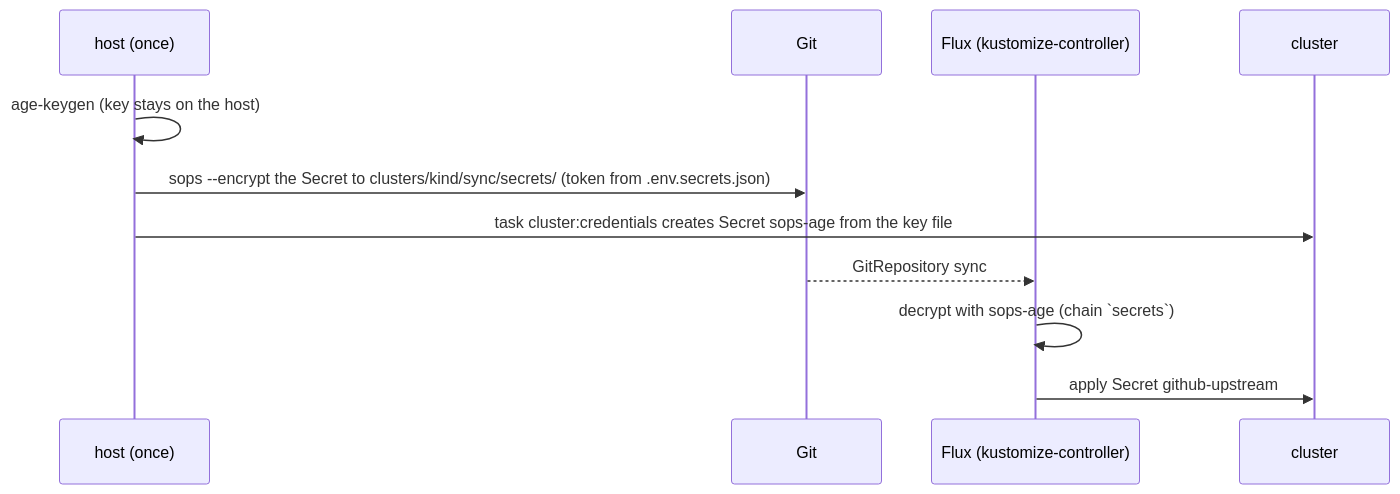
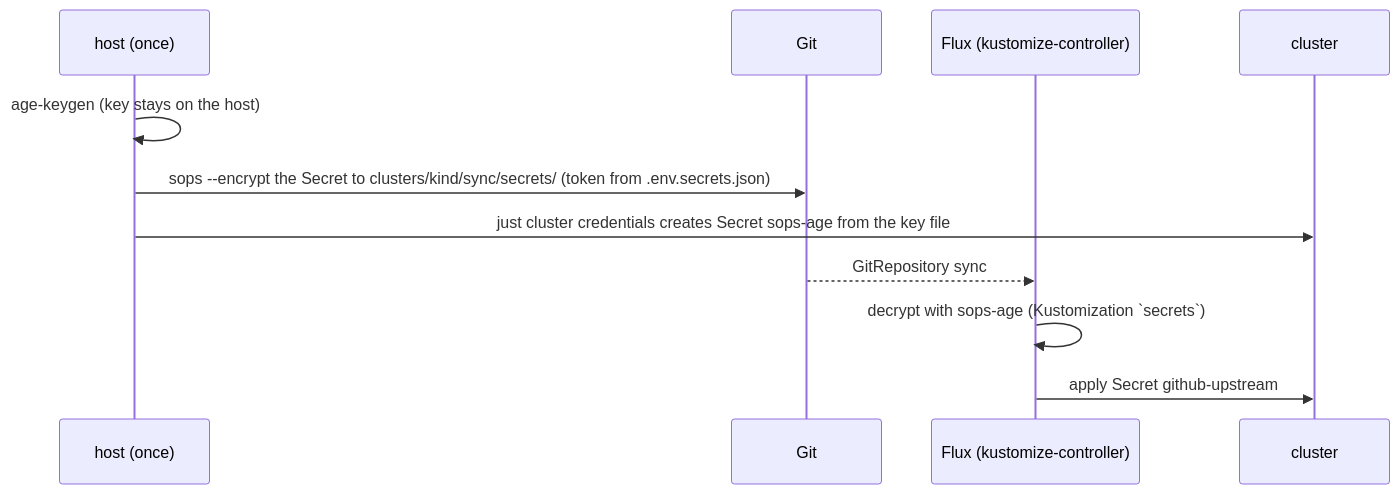
The fourth of 4 diagrams in code/mcp-sandbox/part-3-mcp-guardrails/README.md (raghav19/engineersdaybook), drawn with Mermaid before and after one commit. The commit also changed other lines of this file and 38 other files, not shown here.

````diff
--- a/code/mcp-sandbox/part-3-mcp-guardrails/README.md
+++ b/code/mcp-sandbox/part-3-mcp-guardrails/README.md
@@ -131,14 +121,14 @@
 ```mermaid
 sequenceDiagram
     participant H as host (once)
     participant G as Git
     participant F as Flux (kustomize-controller)
     participant K as cluster
 
     H->>H: age-keygen (key stays on the host)
     H->>G: sops --encrypt the Secret to clusters/kind/sync/secrets/ (token from .env.secrets.json)
-    H->>K: task cluster:credentials creates Secret sops-age from the key file
+    H->>K: just cluster credentials creates Secret sops-age from the key file
     G-->>F: GitRepository sync
-    F->>F: decrypt with sops-age (chain `secrets`)
+    F->>F: decrypt with sops-age (Kustomization `secrets`)
     F->>K: apply Secret github-upstream
 ```
````
